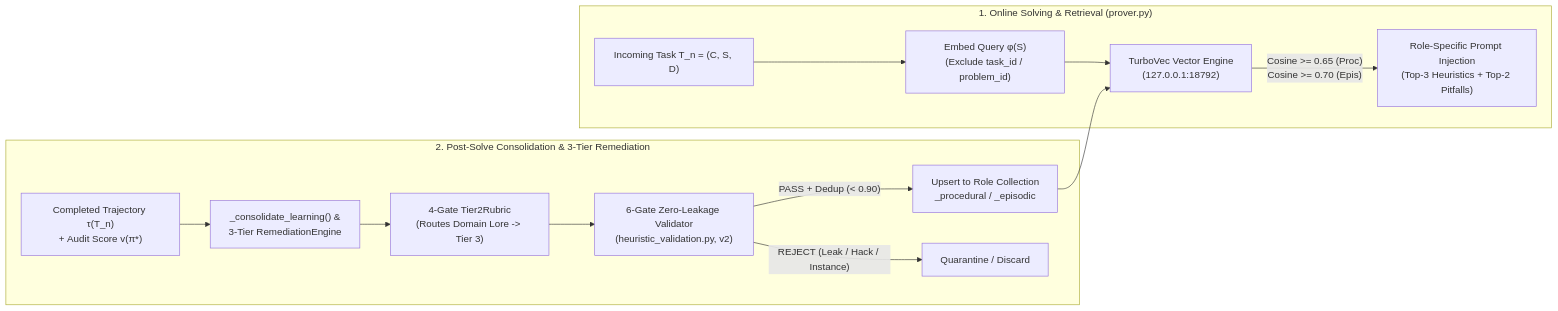
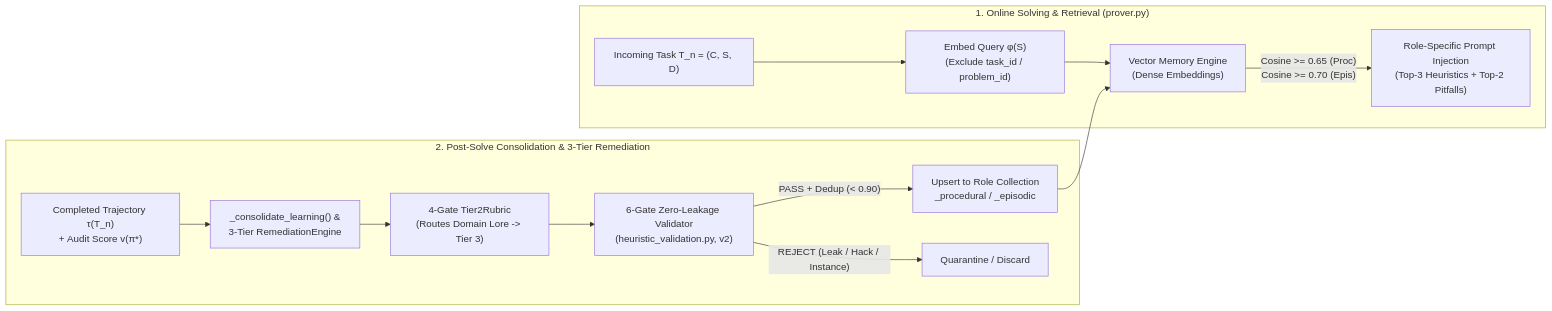
The first of 2 diagrams in docs/articles/arxiv-prime-math-neuro-symbolic-prover-harness.md (dionyziuz/proof_harness), drawn with Mermaid before and after one commit. The commit also changed other lines of this file and 2 other files, not shown here.

Commit message:
docs: rename repo to proof_harness and generalize vector memory references

````diff
--- a/docs/articles/arxiv-prime-math-neuro-symbolic-prover-harness.md
+++ b/docs/articles/arxiv-prime-math-neuro-symbolic-prover-harness.md
@@ -191,17 +191,17 @@
 ```mermaid
 flowchart LR
     subgraph SolveLoop["1. Online Solving & Retrieval (prover.py)"]
         TaskIn["Incoming Task T_n = (C, S, D)"] --> EmbedQ["Embed Query φ(S)\n(Exclude task_id / problem_id)"]
-        EmbedQ --> TV["TurboVec Vector Engine\n(127.0.0.1:18792)"]
+        EmbedQ --> TV["Vector Memory Engine\n(Dense Embeddings)"]
         TV -->|"Cosine >= 0.65 (Proc)\nCosine >= 0.70 (Epis)"| Inject["Role-Specific Prompt Injection\n(Top-3 Heuristics + Top-2 Pitfalls)"]
     end
 
     subgraph LearningLoop["2. Post-Solve Consolidation & 3-Tier Remediation"]
         Trace["Completed Trajectory τ(T_n)\n+ Audit Score v(π*)"] --> Consolidate["_consolidate_learning() &\n3-Tier RemediationEngine"]
         Consolidate --> Rubric["4-Gate Tier2Rubric\n(Routes Domain Lore -> Tier 3)"]
         Rubric --> Gate6["6-Gate Zero-Leakage Validator\n(heuristic_validation.py, v2)"]
         Gate6 -->|"PASS + Dedup (< 0.90)"| Upsert["Upsert to Role Collection\n<agent_id>_procedural / _episodic"]
         Gate6 -->|"REJECT (Leak / Hack / Instance)"| Drop["Quarantine / Discard"]
         Upsert --> TV
     end
 ```
````
